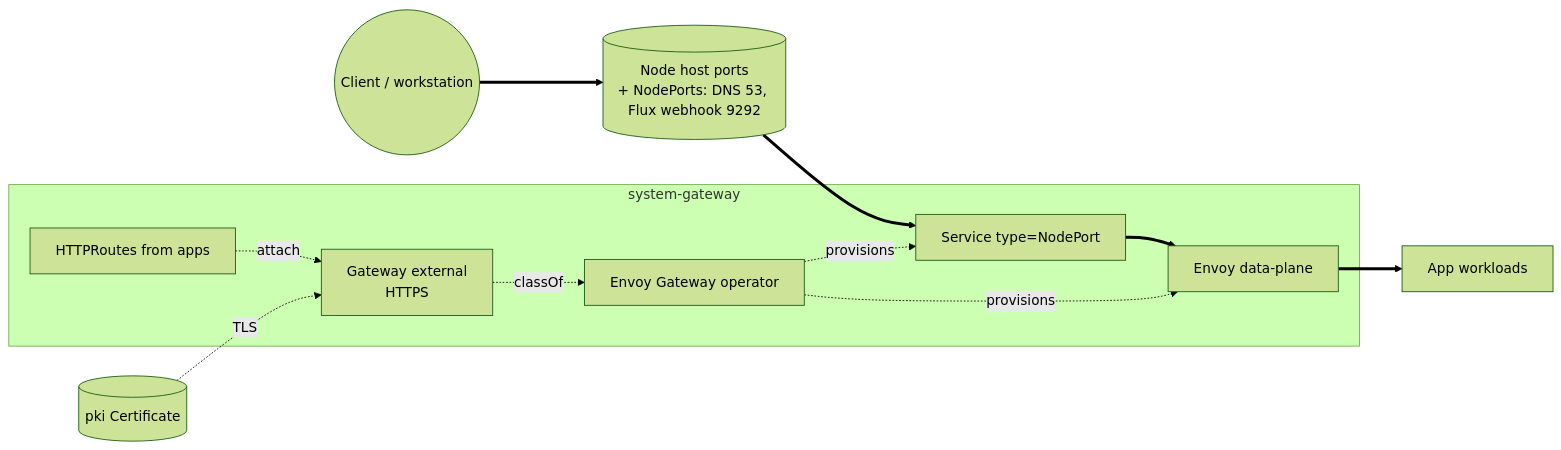
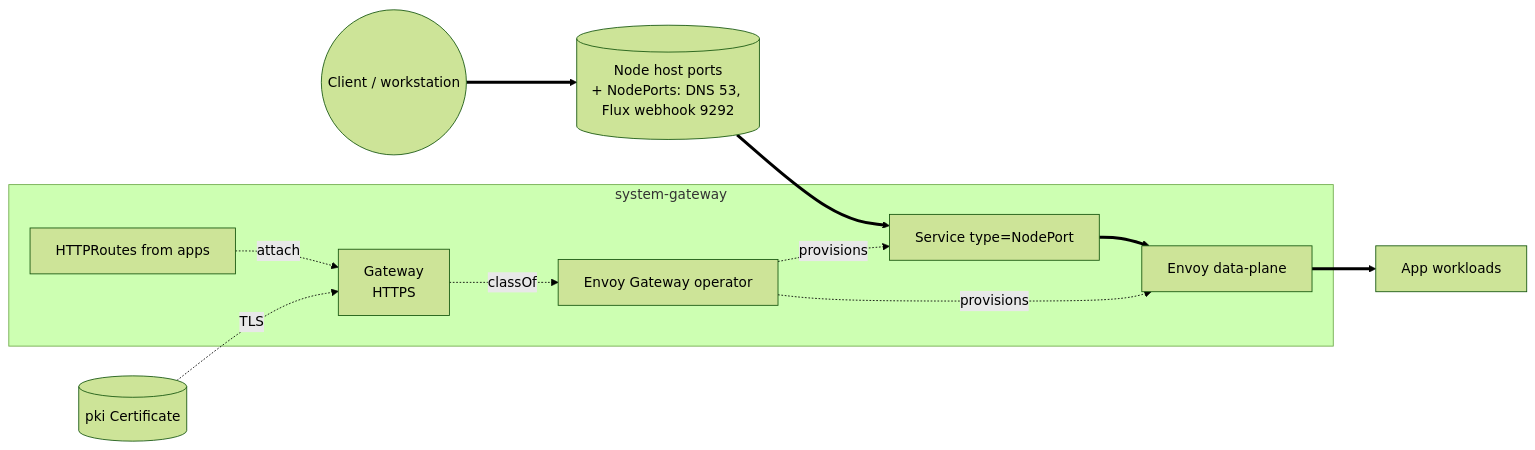
The second of 4 diagrams in kustomize/gateway/README.md (windsorcli/core), drawn with Mermaid (forest theme) before and after one commit. The commit also changed other lines of this file and 164 other files, not shown here.

Commit message:
feat(gateway): provision external and internal gateways from the domains (#3018)

````diff
--- a/kustomize/gateway/README.md
+++ b/kustomize/gateway/README.md
@@ -93,22 +108,22 @@
 ```mermaid
 flowchart LR
   client((Client / workstation))
 
   subgraph systemgateway[system-gateway]
     op[Envoy Gateway operator]
-    gw[Gateway external<br/>HTTPS]
+    gw[Gateway<br/>HTTPS]
     routes[HTTPRoutes from apps]
     svc[Service type=NodePort]
     envoy[Envoy data-plane]
   end
 
   node[(Node host ports<br/>+ NodePorts: DNS 53, Flux webhook 9292)]
   cert[(pki Certificate)]
   app[App workloads]
 
   client ==> node ==> svc ==> envoy ==> app
   op -. provisions .-> svc & envoy
   gw -. classOf .-> op
   routes -. attach .-> gw
   cert -. TLS .-> gw
 ```
````
